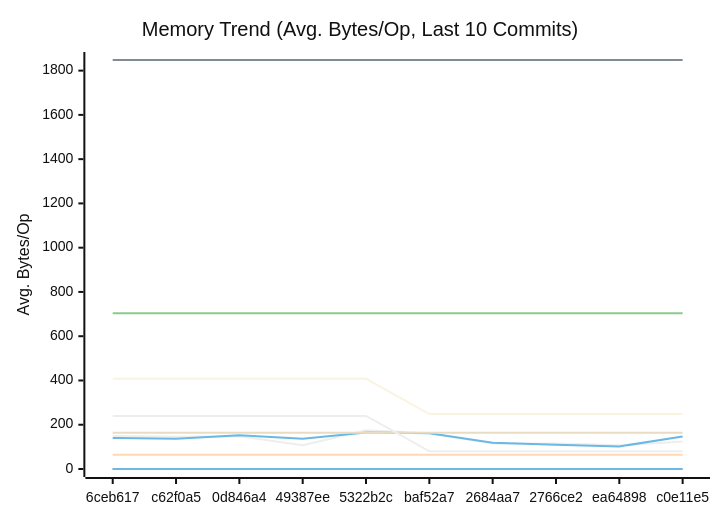
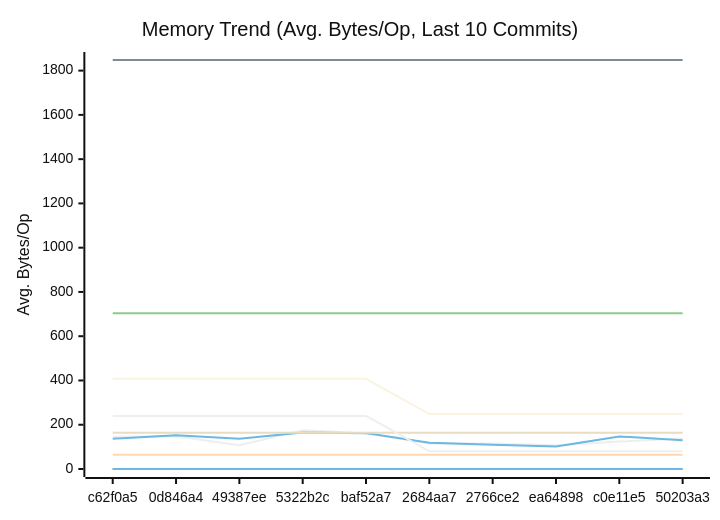
Before and after one commit to alsotoes/momo: the second of 3 diagrams in docs/PERFORMANCE.md, drawn with Mermaid (neutral theme). The commit also changed other lines of this file and 4 other files, not shown here.

````diff
--- a/docs/PERFORMANCE.md
+++ b/docs/PERFORMANCE.md
@@ -171,20 +171,20 @@
 ```mermaid
 xychart-beta
     title "Memory Trend (Avg. Bytes/Op, Last 10 Commits)"
     x-axis "Commit"
     y-axis "Avg. Bytes/Op"
-    x-axis [6ceb617,c62f0a5,0d846a4,49387ee,5322b2c,baf52a7,2684aa7,2766ce2,ea64898,c0e11e5]
-    line "AWSChunkedReaderSigned" [149,146,148,107,175,162,115,115,107,124]
-    line "AWSChunkedReaderUnsigned" [140,137,153,137,165,162,119,110,102,147]
+    x-axis [c62f0a5,0d846a4,49387ee,5322b2c,baf52a7,2684aa7,2766ce2,ea64898,c0e11e5,50203a3]
+    line "AWSChunkedReaderSigned" [146,148,107,175,162,115,115,107,124,138]
+    line "AWSChunkedReaderUnsigned" [137,153,137,165,162,119,110,102,147,130]
     line "CheckMetricsAndSwap" [0,0,0,0,0,0,0,0,0,0]
     line "CrushOptimized" [0,0,0,0,0,0,0,0,0,0]
     line "CrushOriginal" [164,164,164,164,164,164,164,164,164,164]
     line "IndexDirectTracking" [0,0,0,0,0,0,0,0,0,0]
     line "IndexSearch" [0,0,0,0,0,0,0,0,0,0]
     line "LoadGlobalConfig" [1848,1848,1848,1848,1848,1848,1848,1848,1848,1848]
     line "PadString" [64,64,64,64,64,64,64,64,64,64]
     line "ParseReplicationOrder_NoPrealloc" [408,408,408,408,408,248,248,248,248,248]
     line "ParseReplicationOrder_Prealloc" [240,240,240,240,240,80,80,80,80,80]
     line "SanitizeLog/Safe" [0,0,0,0,0,0,0,0,0,0]
     line "SanitizeLog/Unsafe" [704,704,704,704,704,704,704,704,704,704]
 ```
````
